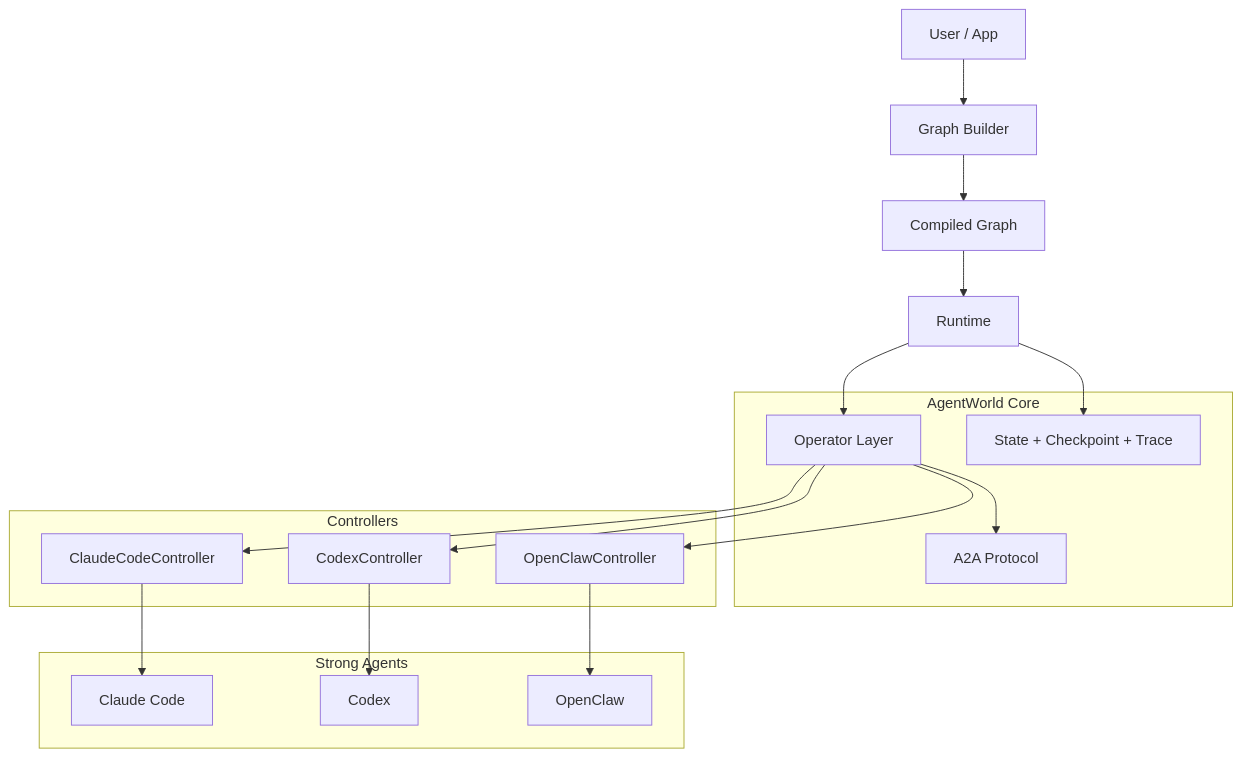
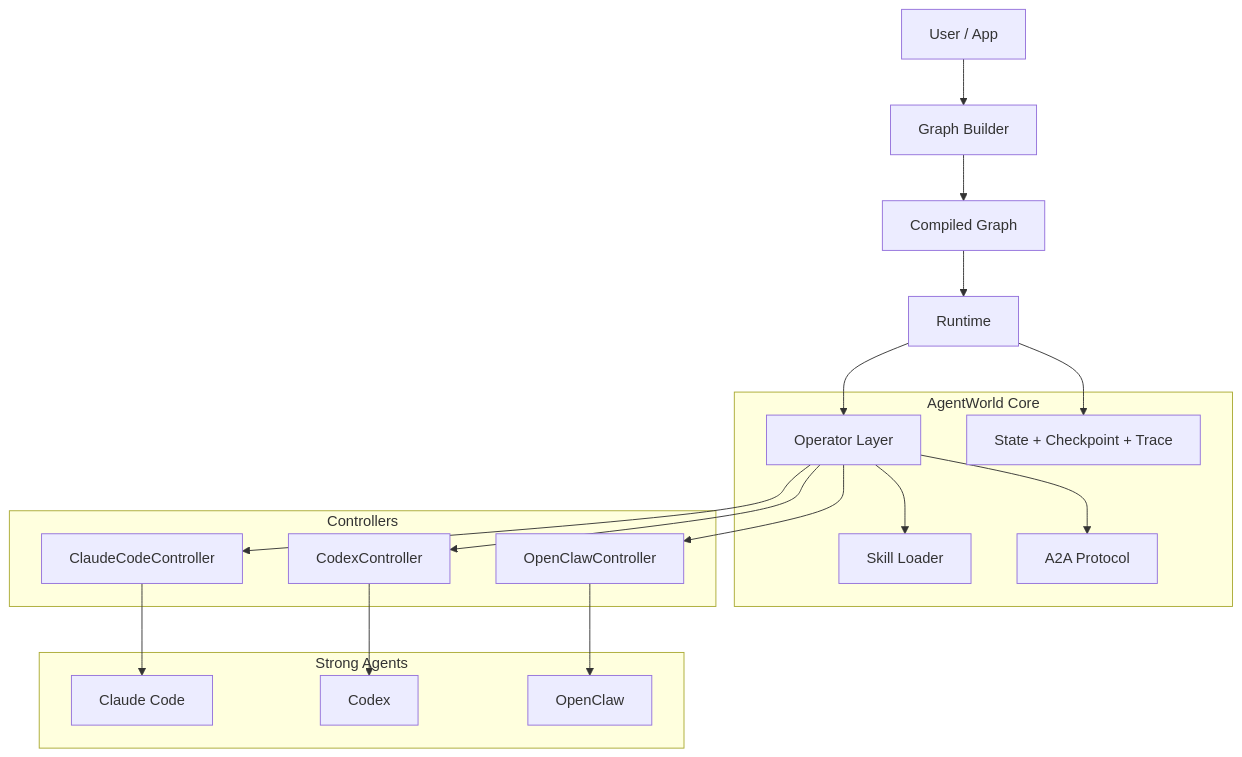
One commit to ScienceIntelligence/AgentWorld changed the diagram in README.md. Above: the diagram before and after it, drawn with Mermaid. The commit also changed other lines of this file and 14 other files, not shown here.

````diff
--- a/README.md
+++ b/README.md
@@ -56,33 +115,35 @@
 ```mermaid
 flowchart TB
     U["User / App"]
     B["Graph Builder"]
     G["Compiled Graph"]
     R["Runtime"]
 
     subgraph AW["AgentWorld Core"]
         O["Operator Layer"]
+        K["Skill Loader"]
         P["A2A Protocol"]
         S["State + Checkpoint + Trace"]
     end
 
     subgraph C["Controllers"]
         C1["ClaudeCodeController"]
         C2["CodexController"]
         C3["OpenClawController"]
     end
 
     subgraph A["Strong Agents"]
         A1["Claude Code"]
         A2["Codex"]
         A3["OpenClaw"]
     end
 
     U --> B --> G --> R
     R --> O
+    O --> K
     O --> P
     R --> S
     O --> C1 --> A1
     O --> C2 --> A2
     O --> C3 --> A3
 ```
````
